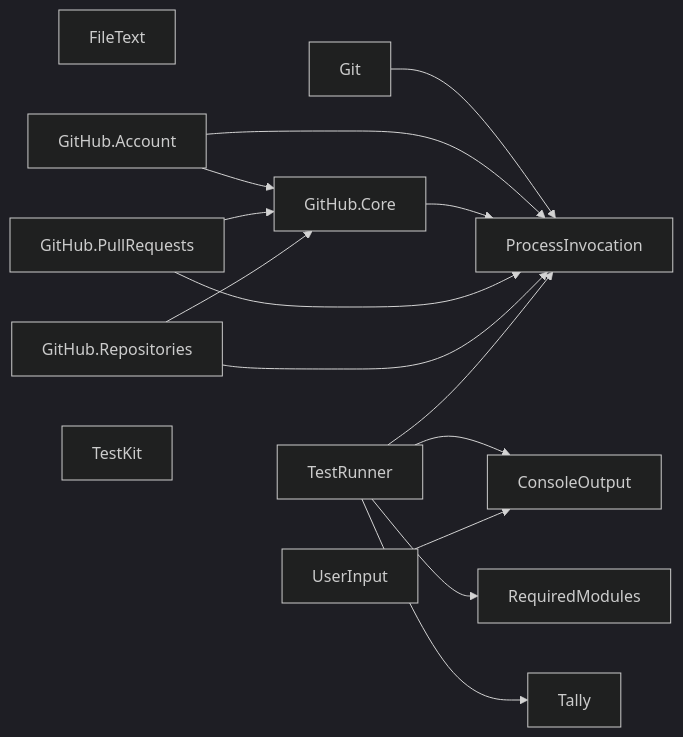
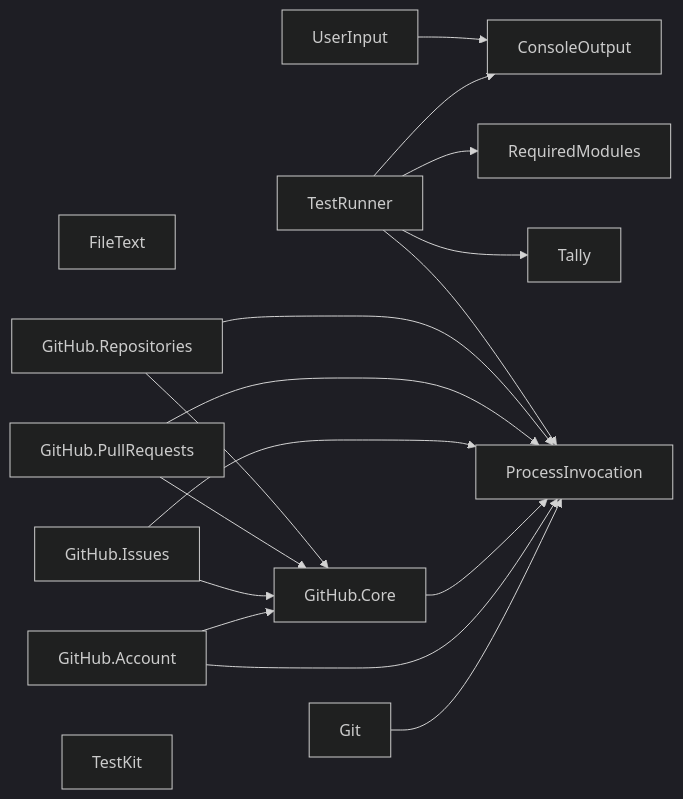
The diagram in README.md (TaffarelJr/powershell-modules), drawn with Mermaid (dark theme) before and after one commit. The commit also changed other lines of this file and 17 other files, not shown here.

First line of the commit message:
feat: add the TaffarelJr.GitHub.Issues module

````diff
--- a/README.md
+++ b/README.md
@@ -36,30 +37,33 @@
 ```mermaid
 graph LR
     ConsoleOutput["ConsoleOutput"]
     FileText["FileText"]
     Git["Git"]
     GitHubAccount["GitHub.Account"]
     GitHubCore["GitHub.Core"]
+    GitHubIssues["GitHub.Issues"]
     GitHubPullRequests["GitHub.PullRequests"]
     GitHubRepositories["GitHub.Repositories"]
     ProcessInvocation["ProcessInvocation"]
     RequiredModules["RequiredModules"]
     Tally["Tally"]
     TestKit["TestKit"]
     TestRunner["TestRunner"]
     UserInput["UserInput"]
 
     Git --> ProcessInvocation
     GitHubAccount --> GitHubCore
     GitHubAccount --> ProcessInvocation
     GitHubCore --> ProcessInvocation
+    GitHubIssues --> GitHubCore
+    GitHubIssues --> ProcessInvocation
     GitHubPullRequests --> GitHubCore
     GitHubPullRequests --> ProcessInvocation
     GitHubRepositories --> GitHubCore
     GitHubRepositories --> ProcessInvocation
     TestRunner --> ConsoleOutput
     TestRunner --> ProcessInvocation
     TestRunner --> RequiredModules
     TestRunner --> Tally
     UserInput --> ConsoleOutput
 ```
````
